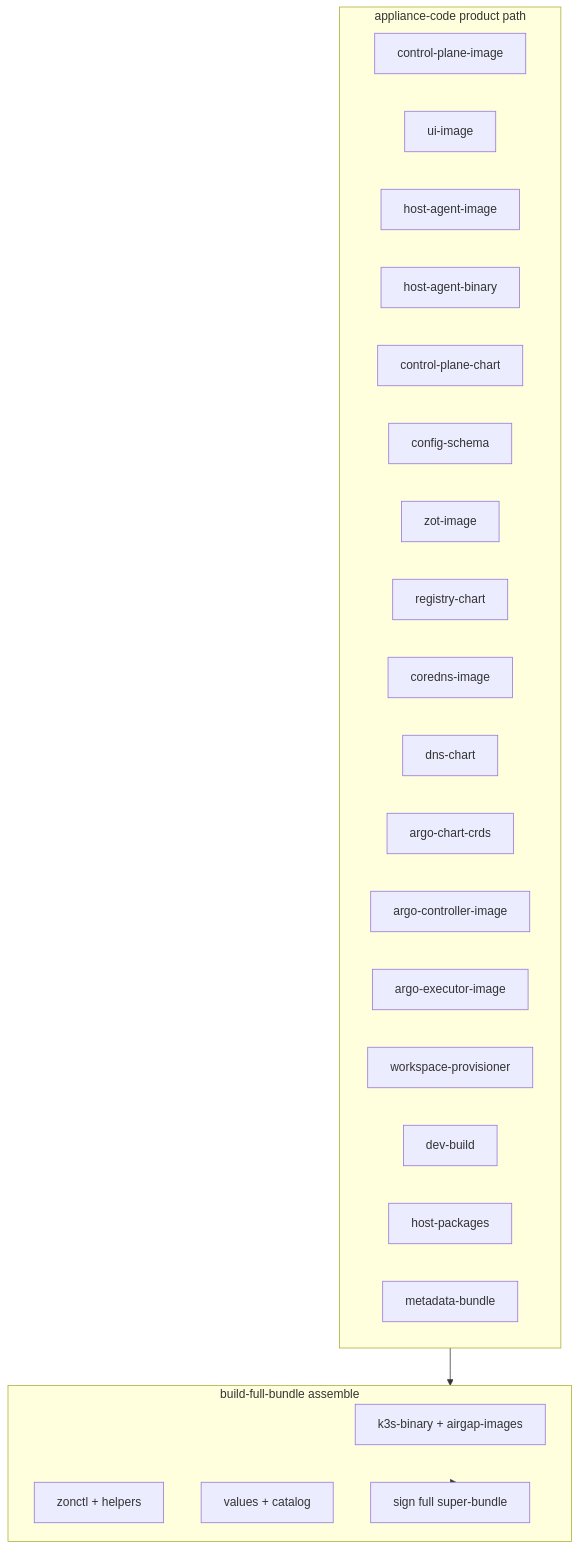
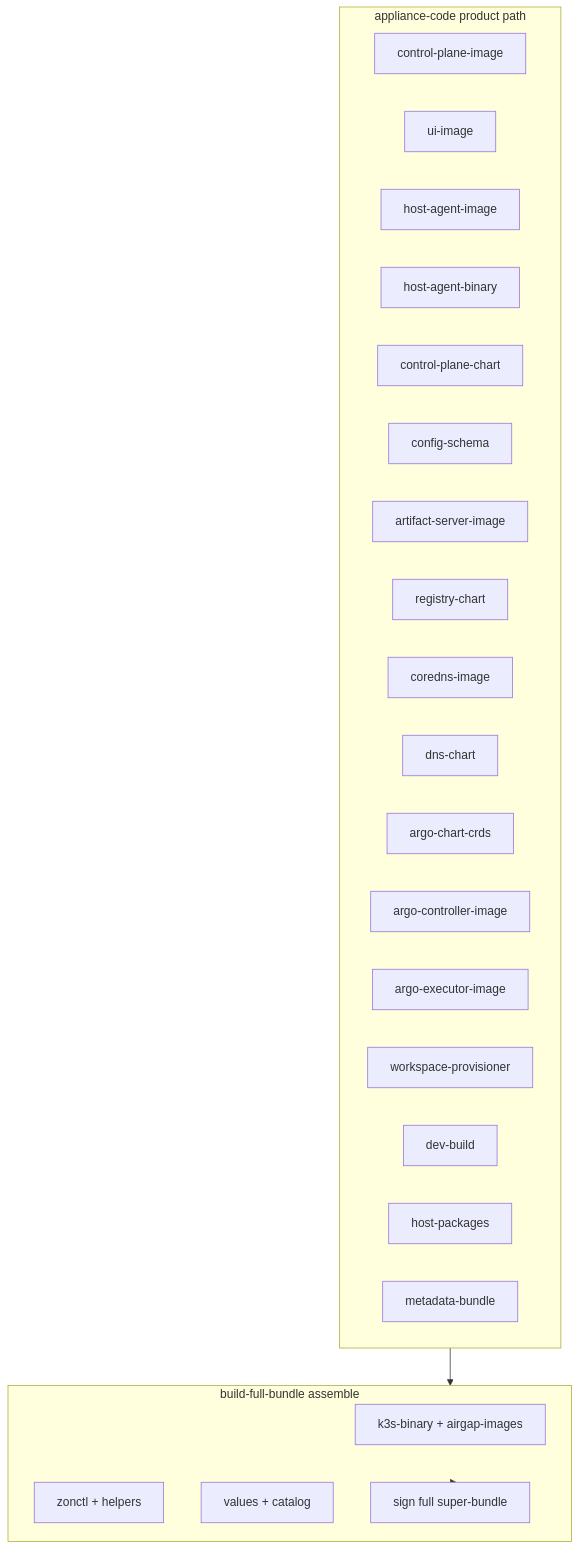
The diagram in docs/component-catalog.md (zoncaesaradmin/appliance-release), drawn with Mermaid before and after one commit. The commit also changed other lines of this file and 13 other files, not shown here.

````diff
--- a/docs/component-catalog.md
+++ b/docs/component-catalog.md
@@ -19,30 +19,30 @@
 ```mermaid
 flowchart TB
   subgraph product [appliance-code product path]
     cpImg[control-plane-image]
     uiImg[ui-image]
     haImg[host-agent-image]
     haBin[host-agent-binary]
     chart[control-plane-chart]
     schema[config-schema]
-    zotImg[zot-image]
-    zotChart[registry-chart]
+    artifactServerImg[artifact-server-image]
+    artifactServerChart[registry-chart]
     dnsImg[coredns-image]
     dnsChart[dns-chart]
     argoChart[argo-chart-crds]
     argoCtrl[argo-controller-image]
     argoExec[argo-executor-image]
     prov[workspace-provisioner]
     devBuild[dev-build]
     hostPkgs[host-packages]
     meta[metadata-bundle]
   end
   subgraph host [build-full-bundle assemble]
     k3s[k3s-binary + airgap-images]
     zonctl[zonctl + helpers]
     values[values + catalog]
     sign[sign full super-bundle]
   end
   product --> host
   host --> sign
 ```
````
